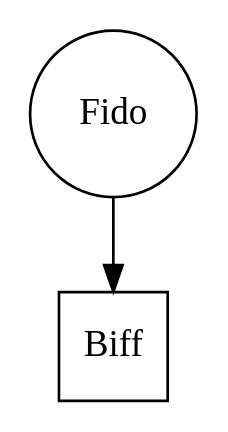
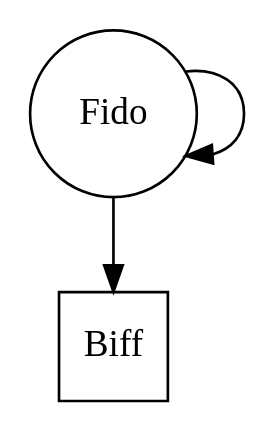
One commit to marquesarthur/cpsc410-2019w2 changed the diagram in tiny-dot/src/main/resources/build/target_sample.dot. Above: the diagram before and after it, drawn with Graphviz. The commit also changed 12 other files, not shown here.

```diff
--- a/tiny-dot/src/main/resources/build/target_sample.dot
+++ b/tiny-dot/src/main/resources/build/target_sample.dot
@@ -1,9 +1,11 @@
 digraph G {
 
 Fido[shape=circle]
 
 Biff[shape=square]
 
 Fido->Biff
 
+Fido->Fido
+
 }
```
